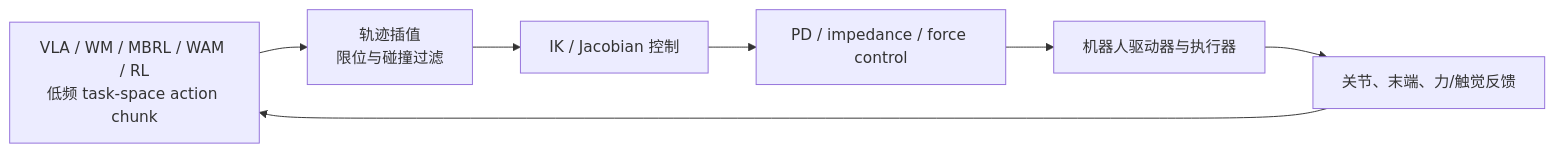
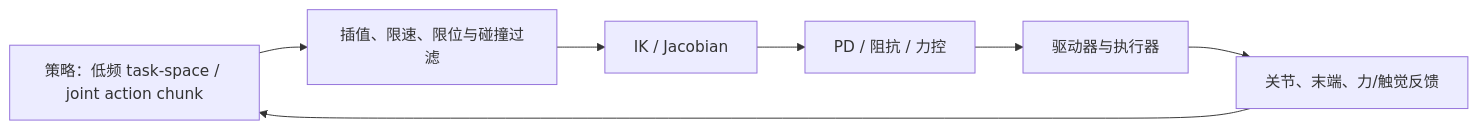
Before and after one commit to ppsdk/Embodied-AI-Start: the diagram in docs/robotics.md, drawn with Mermaid. The commit also changed other lines of this file and 6 other files, not shown here.

````diff
--- a/docs/robotics.md
+++ b/docs/robotics.md
@@ -332,9 +662,9 @@
 ```mermaid
 flowchart LR
-    POL["VLA / WM / MBRL / WAM / RL<br/>低频 task-space action chunk"] --> REF["轨迹插值<br/>限位与碰撞过滤"]
-    REF --> IK["IK / Jacobian 控制"]
-    IK --> IMP["PD / impedance / force control"]
-    IMP --> HW["机器人驱动器与执行器"]
+    POL["策略：低频 task-space / joint action chunk"] --> REF["插值、限速、限位与碰撞过滤"]
+    REF --> IK["IK / Jacobian"]
+    IK --> CTRL["PD / 阻抗 / 力控"]
+    CTRL --> HW["驱动器与执行器"]
     HW --> OBS["关节、末端、力/触觉反馈"]
     OBS --> POL
 ```
````
